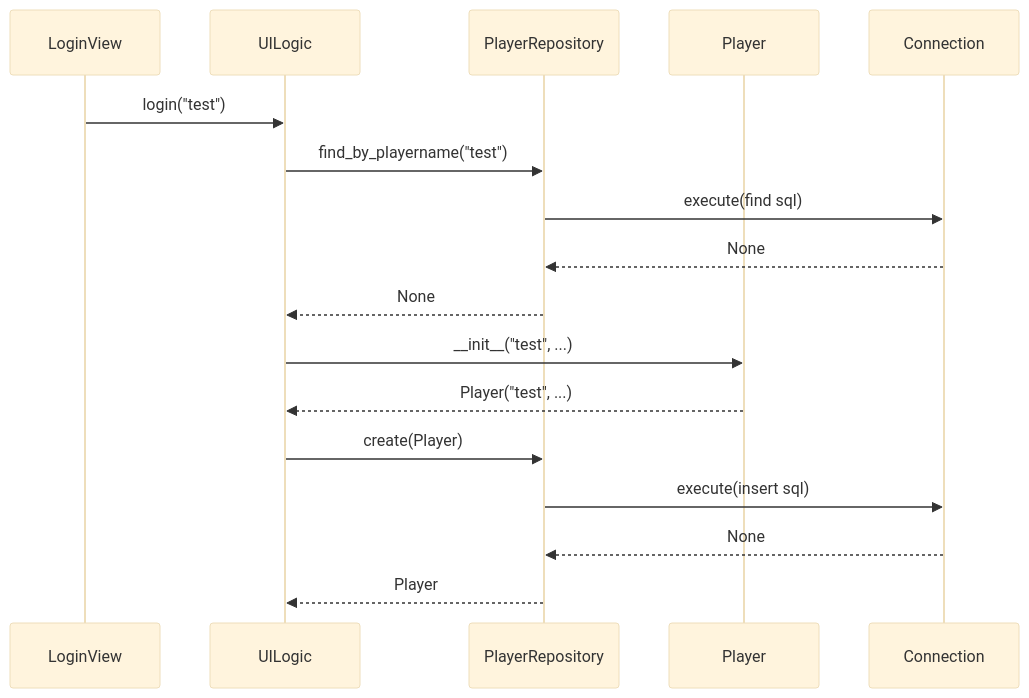
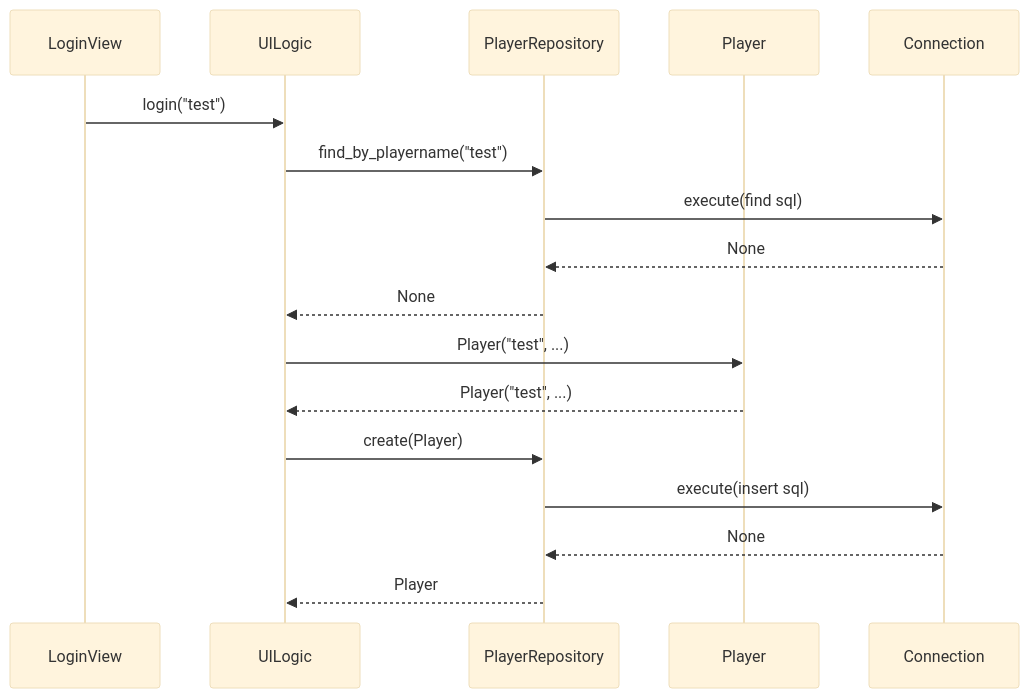
Before and after one commit to Perttu-Kangas/ohte: the second of 2 diagrams in harjoitustyo/dokumentaatio/arkkitehtuuri.md, drawn with Mermaid (base theme).

Commit message:
Changed sequence diagram according to feedback

````diff
--- a/harjoitustyo/dokumentaatio/arkkitehtuuri.md
+++ b/harjoitustyo/dokumentaatio/arkkitehtuuri.md
@@ -15,19 +15,19 @@
 ```mermaid
 sequenceDiagram
 	participant LoginView
 	participant UILogic
 	participant PlayerRepository
 	participant Player
 	participant Connection
 	LoginView ->> UILogic: login("test")
 	UILogic ->> PlayerRepository: find_by_playername("test")
 	PlayerRepository ->> Connection: execute(find sql)
 	Connection -->> PlayerRepository: None
 	PlayerRepository -->> UILogic: None
-	UILogic ->> Player: __init__("test", ...)
+	UILogic ->> Player: Player("test", ...)
 	Player -->> UILogic: Player("test", ...)
 	UILogic ->> PlayerRepository: create(Player)
 	PlayerRepository ->> Connection: execute(insert sql)
 	Connection -->> PlayerRepository: None
 	PlayerRepository -->> UILogic: Player
 ```
````
